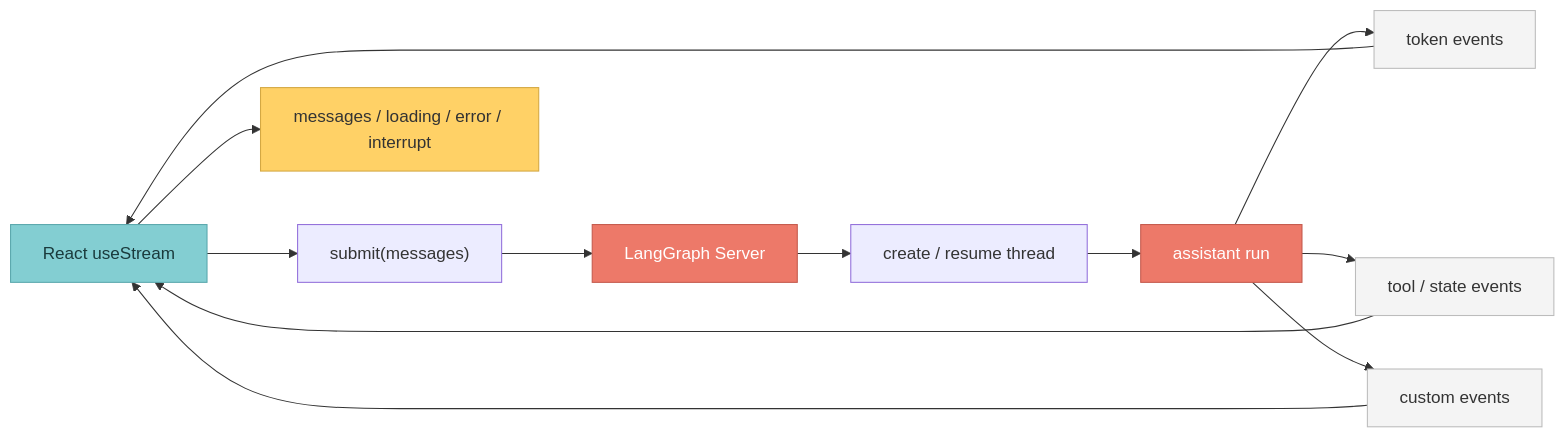
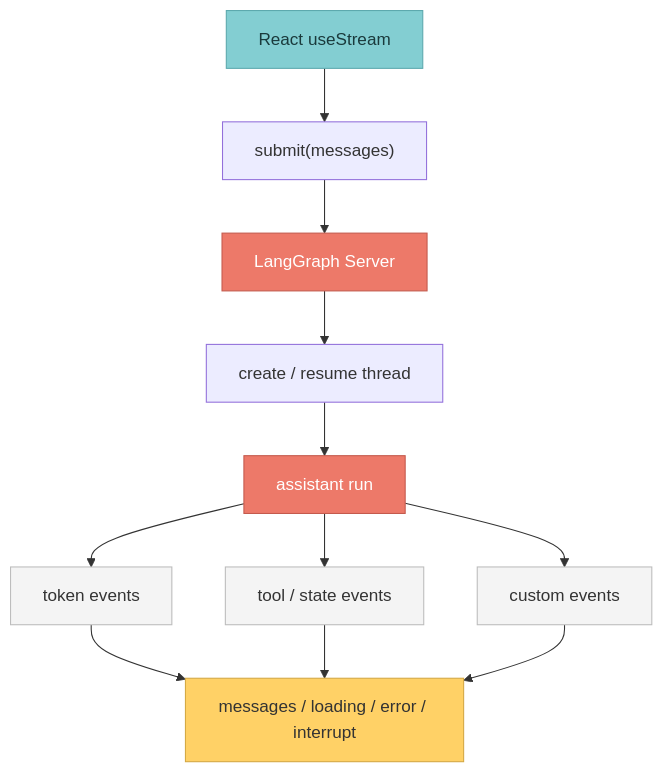
One commit to Jae-hoya/langchain-langgraph-deepagents-notebooks changed the diagram in book/assets/diagrams/frontend_streaming_flow.mmd. Above: the diagram before and after it, drawn with Mermaid. The commit also changed 12 other files, not shown here.

Commit message:
style(book): 전 페이지 점검 후 다이어그램 가독성 보완

```diff
--- a/book/assets/diagrams/frontend_streaming_flow.mmd
+++ b/book/assets/diagrams/frontend_streaming_flow.mmd
@@ -1,14 +1,23 @@
-flowchart LR
-    UI["React useStream"] --> SUBMIT["submit(messages)"] --> API["LangGraph Server"] --> THREAD["create / resume thread"] --> RUN["assistant run"]
-    RUN --> EV1["token events"] --> UI
-    RUN --> EV2["tool / state events"] --> UI
-    RUN --> EV3["custom events"] --> UI
-    UI --> STORE["messages / loading / error / interrupt"]
+flowchart TD
+    UI["React useStream"]
+    SUBMIT["submit(messages)"]
+    API["LangGraph Server"]
+    THREAD["create / resume thread"]
+    RUN["assistant run"]
+    UISTATE["messages / loading / error / interrupt"]
+
+    UI --> SUBMIT --> API --> THREAD --> RUN
+    RUN --> EV1["token events"]
+    RUN --> EV2["tool / state events"]
+    RUN --> EV3["custom events"]
+    EV1 --> UISTATE
+    EV2 --> UISTATE
+    EV3 --> UISTATE
 
     style UI fill:#83ced2,stroke:#5ba8ad,color:#1a3a3c
     style API fill:#ed7969,stroke:#c45a4d,color:#fff
     style RUN fill:#ed7969,stroke:#c45a4d,color:#fff
-    style STORE fill:#ffd166,stroke:#d4a843,color:#333
+    style UISTATE fill:#ffd166,stroke:#d4a843,color:#333
     style EV1 fill:#f4f4f4,stroke:#bcbcbc,color:#333
     style EV2 fill:#f4f4f4,stroke:#bcbcbc,color:#333
     style EV3 fill:#f4f4f4,stroke:#bcbcbc,color:#333
```
